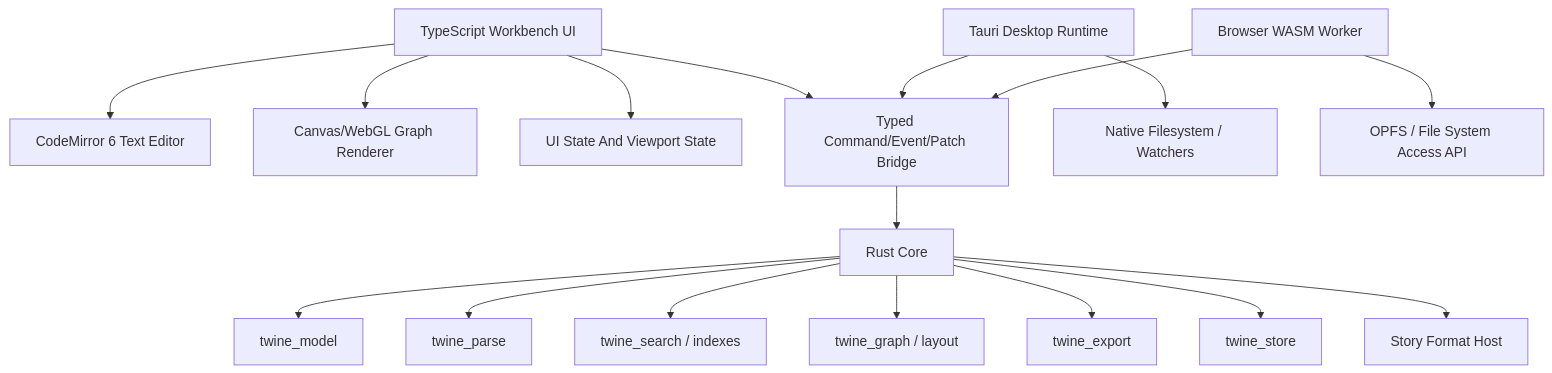
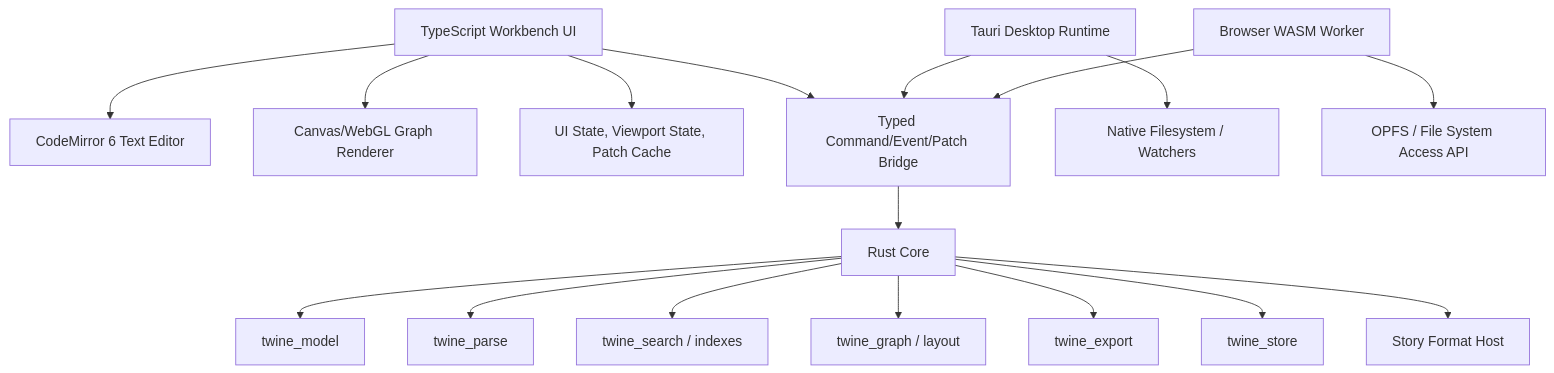
Before and after one commit to aphrodite-games/twine.rs: the diagram in docs/reference/TWINE_RS_STACK_STRATEGY.md, drawn with Mermaid. The commit also changed other lines of this file and 29 other files, not shown here.

Commit message:
Advance Rust authority roadmap and graph workflows

````diff
--- a/docs/reference/TWINE_RS_STACK_STRATEGY.md
+++ b/docs/reference/TWINE_RS_STACK_STRATEGY.md
@@ -46,40 +70,40 @@
 ```mermaid
 flowchart TD
     UI["TypeScript Workbench UI"]
     Editor["CodeMirror 6 Text Editor"]
     Graph["Canvas/WebGL Graph Renderer"]
-    Store["UI State And Viewport State"]
+    Store["UI State, Viewport State, Patch Cache"]
 
     Bridge["Typed Command/Event/Patch Bridge"]
 
     Core["Rust Core"]
     Model["twine_model"]
     Parse["twine_parse"]
     Index["twine_search / indexes"]
     Layout["twine_graph / layout"]
     Export["twine_export"]
     StoreRust["twine_store"]
     Format["Story Format Host"]
 
     Desktop["Tauri Desktop Runtime"]
     Browser["Browser WASM Worker"]
     FS["Native Filesystem / Watchers"]
     OPFS["OPFS / File System Access API"]
 
     UI --> Editor
     UI --> Graph
     UI --> Store
     UI --> Bridge
     Bridge --> Core
     Core --> Model
     Core --> Parse
     Core --> Index
     Core --> Layout
     Core --> Export
     Core --> StoreRust
     Core --> Format
     Desktop --> Bridge
     Desktop --> FS
     Browser --> Bridge
     Browser --> OPFS
 ```
````
